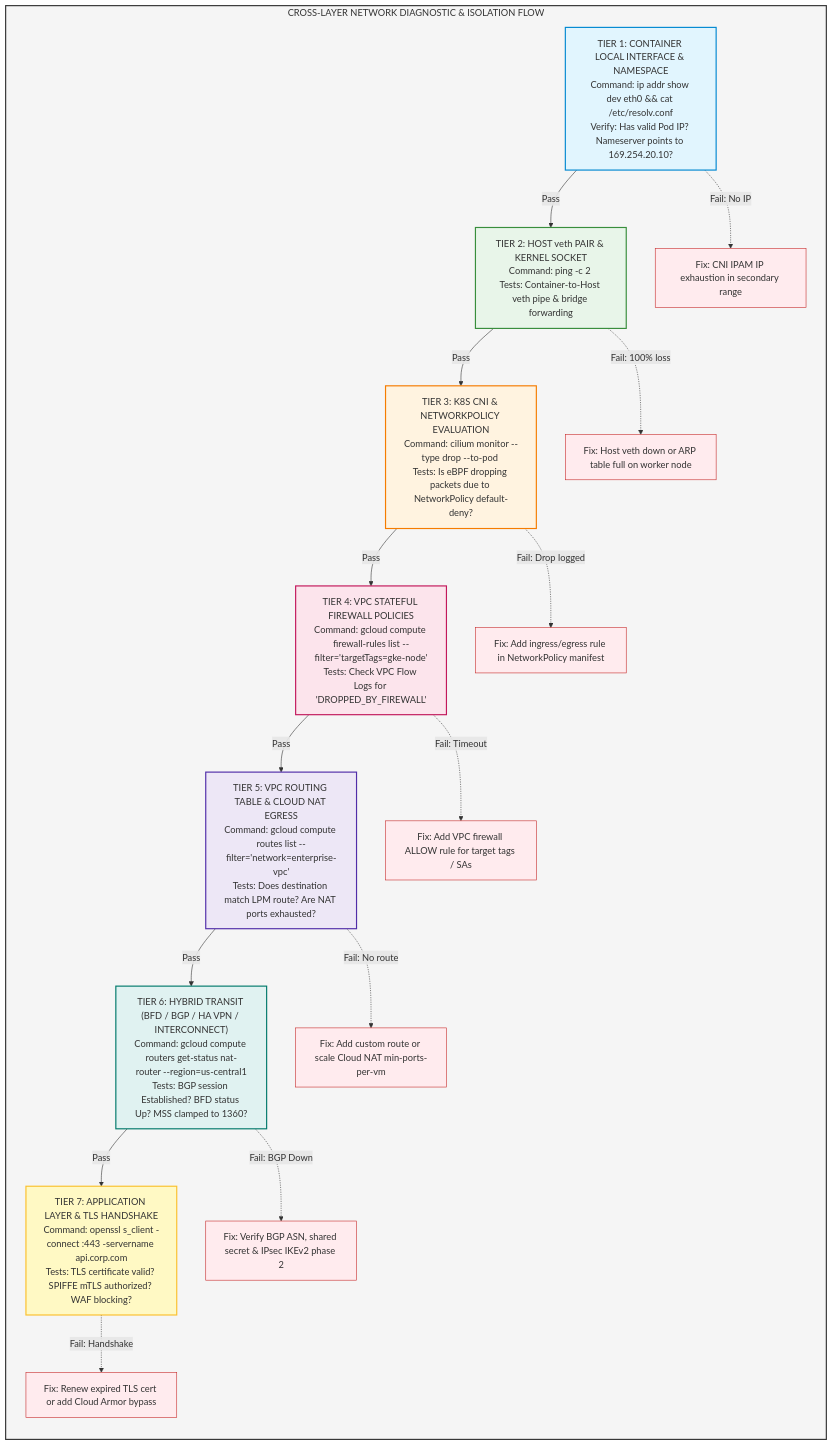
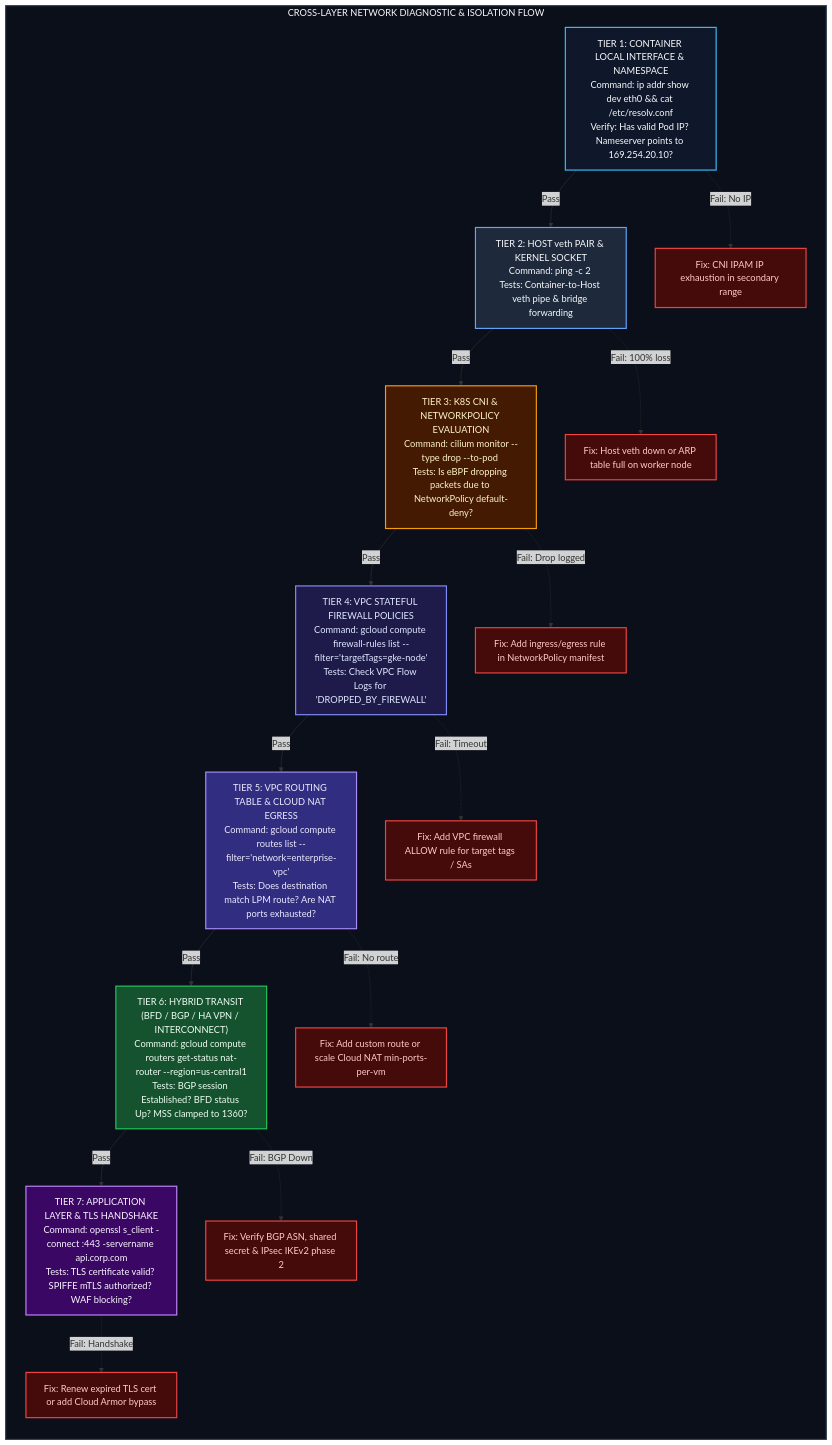
Diagram 15 of 15 in kubernetes/networking-shell-command.md (Chief-Strategist-J/gcd), drawn with Mermaid before and after one commit. The commit also changed other lines of this file, not shown here.

Commit message:
fix(mermaid): resolve syntax parse errors and apply dark theme colors with clear error pathways

````diff
--- a/kubernetes/networking-shell-command.md
+++ b/kubernetes/networking-shell-command.md
@@ -2486,44 +2578,44 @@
 ```mermaid
 graph TD
     subgraph DiagnosisFlow["CROSS-LAYER NETWORK DIAGNOSTIC & ISOLATION FLOW"]
         direction TB
 
         T1["TIER 1: CONTAINER LOCAL INTERFACE & NAMESPACE<br/>Command: ip addr show dev eth0 && cat /etc/resolv.conf<br/>Verify: Has valid Pod IP? Nameserver points to 169.254.20.10?"]
         
         T1 -->|Pass| T2["TIER 2: HOST veth PAIR & KERNEL SOCKET<br/>Command: ping -c 2 <Node_Host_IP_10.0.0.15><br/>Tests: Container-to-Host veth pipe & bridge forwarding"]
 
         T2 -->|Pass| T3["TIER 3: K8S CNI & NETWORKPOLICY EVALUATION<br/>Command: cilium monitor --type drop --to-pod <pod_name><br/>Tests: Is eBPF dropping packets due to NetworkPolicy default-deny?"]
 
         T3 -->|Pass| T4["TIER 4: VPC STATEFUL FIREWALL POLICIES<br/>Command: gcloud compute firewall-rules list --filter='targetTags=gke-node'<br/>Tests: Check VPC Flow Logs for 'DROPPED_BY_FIREWALL'"]
 
         T4 -->|Pass| T5["TIER 5: VPC ROUTING TABLE & CLOUD NAT EGRESS<br/>Command: gcloud compute routes list --filter='network=enterprise-vpc'<br/>Tests: Does destination match LPM route? Are NAT ports exhausted?"]
 
         T5 -->|Pass| T6["TIER 6: HYBRID TRANSIT (BFD / BGP / HA VPN / INTERCONNECT)<br/>Command: gcloud compute routers get-status nat-router --region=us-central1<br/>Tests: BGP session Established? BFD status Up? MSS clamped to 1360?"]
 
         T6 -->|Pass| T7["TIER 7: APPLICATION LAYER & TLS HANDSHAKE<br/>Command: openssl s_client -connect <target_ip>:443 -servername api.corp.com<br/>Tests: TLS certificate valid? SPIFFE mTLS authorized? WAF blocking?"]
 
-        T1 -.->|Fail: No IP| E1["Fix: CNI IPAM IP exhaustion in secondary range"]
-        T2 -.->|Fail: 100% loss| E2["Fix: Host veth down or ARP table full on worker node"]
-        T3 -.->|Fail: Drop logged| E3["Fix: Add ingress/egress rule in NetworkPolicy manifest"]
-        T4 -.->|Fail: Timeout| E4["Fix: Add VPC firewall ALLOW rule for target tags / SAs"]
-        T5 -.->|Fail: No route| E5["Fix: Add custom route or scale Cloud NAT min-ports-per-vm"]
-        T6 -.->|Fail: BGP Down| E6["Fix: Verify BGP ASN, shared secret & IPsec IKEv2 phase 2"]
-        T7 -.->|Fail: Handshake| E7["Fix: Renew expired TLS cert or add Cloud Armor bypass"]
+        T1 -.->|"Fail: No IP"| E1["Fix: CNI IPAM IP exhaustion in secondary range"]
+        T2 -.->|"Fail: 100% loss"| E2["Fix: Host veth down or ARP table full on worker node"]
+        T3 -.->|"Fail: Drop logged"| E3["Fix: Add ingress/egress rule in NetworkPolicy manifest"]
+        T4 -.->|"Fail: Timeout"| E4["Fix: Add VPC firewall ALLOW rule for target tags / SAs"]
+        T5 -.->|"Fail: No route"| E5["Fix: Add custom route or scale Cloud NAT min-ports-per-vm"]
+        T6 -.->|"Fail: BGP Down"| E6["Fix: Verify BGP ASN, shared secret & IPsec IKEv2 phase 2"]
+        T7 -.->|"Fail: Handshake"| E7["Fix: Renew expired TLS cert or add Cloud Armor bypass"]
     end
 
-    style DiagnosisFlow fill:#f5f5f5,stroke:#333,stroke-width:2px
-    style T1 fill:#e1f5fe,stroke:#0288d1,stroke-width:2px
-    style T2 fill:#e8f5e9,stroke:#388e3c,stroke-width:2px
-    style T3 fill:#fff3e0,stroke:#f57c00,stroke-width:2px
-    style T4 fill:#fce4ec,stroke:#c2185b,stroke-width:2px
-    style T5 fill:#ede7f6,stroke:#512da8,stroke-width:2px
-    style T6 fill:#e0f2f1,stroke:#00796b,stroke-width:2px
-    style T7 fill:#fff9c4,stroke:#fbc02d,stroke-width:2px
-    style E1 fill:#ffebee,stroke:#c62828
-    style E2 fill:#ffebee,stroke:#c62828
-    style E3 fill:#ffebee,stroke:#c62828
-    style E4 fill:#ffebee,stroke:#c62828
-    style E5 fill:#ffebee,stroke:#c62828
-    style E6 fill:#ffebee,stroke:#c62828
-    style E7 fill:#ffebee,stroke:#c62828
+    style DiagnosisFlow fill:#0b0f19,stroke:#334155,stroke-width:2px,color:#f8fafc
+    style T1 fill:#0f172a,stroke:#38bdf8,stroke-width:2px,color:#f8fafc
+    style T2 fill:#1e293b,stroke:#60a5fa,stroke-width:2px,color:#f8fafc
+    style T3 fill:#451a03,stroke:#f59e0b,stroke-width:2px,color:#fef3c7
+    style T4 fill:#1e1b4b,stroke:#818cf8,stroke-width:2px,color:#e0e7ff
+    style T5 fill:#312e81,stroke:#a78bfa,stroke-width:2px,color:#ede9fe
+    style T6 fill:#14532d,stroke:#22c55e,stroke-width:2px,color:#f0fdf4
+    style T7 fill:#3b0764,stroke:#c084fc,stroke-width:2px,color:#faf5ff
+    style E1 fill:#450a0a,stroke:#ef4444,stroke-width:2px,color:#fecaca
+    style E2 fill:#450a0a,stroke:#ef4444,stroke-width:2px,color:#fecaca
+    style E3 fill:#450a0a,stroke:#ef4444,stroke-width:2px,color:#fecaca
+    style E4 fill:#450a0a,stroke:#ef4444,stroke-width:2px,color:#fecaca
+    style E5 fill:#450a0a,stroke:#ef4444,stroke-width:2px,color:#fecaca
+    style E6 fill:#450a0a,stroke:#ef4444,stroke-width:2px,color:#fecaca
+    style E7 fill:#450a0a,stroke:#ef4444,stroke-width:2px,color:#fecaca
 ```
````
